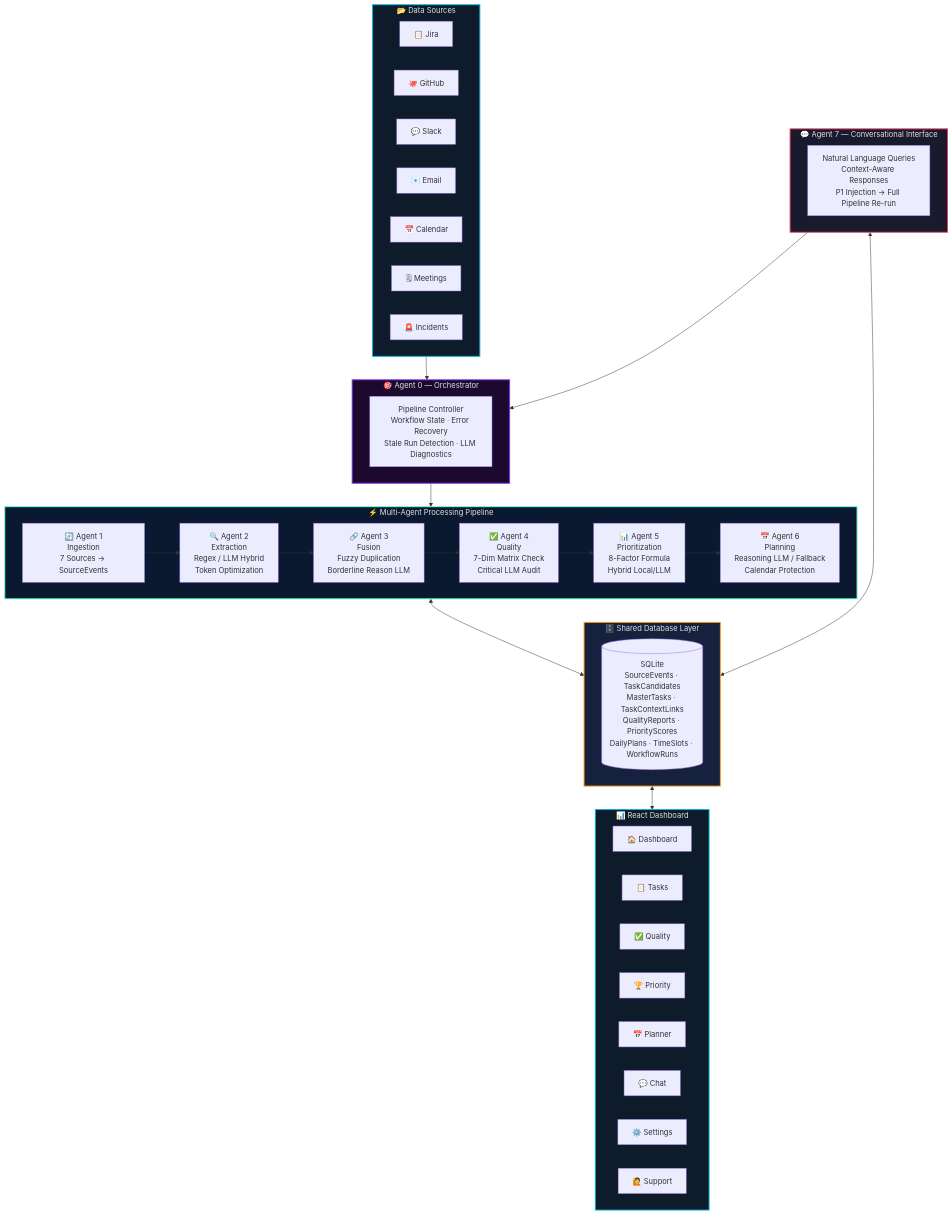
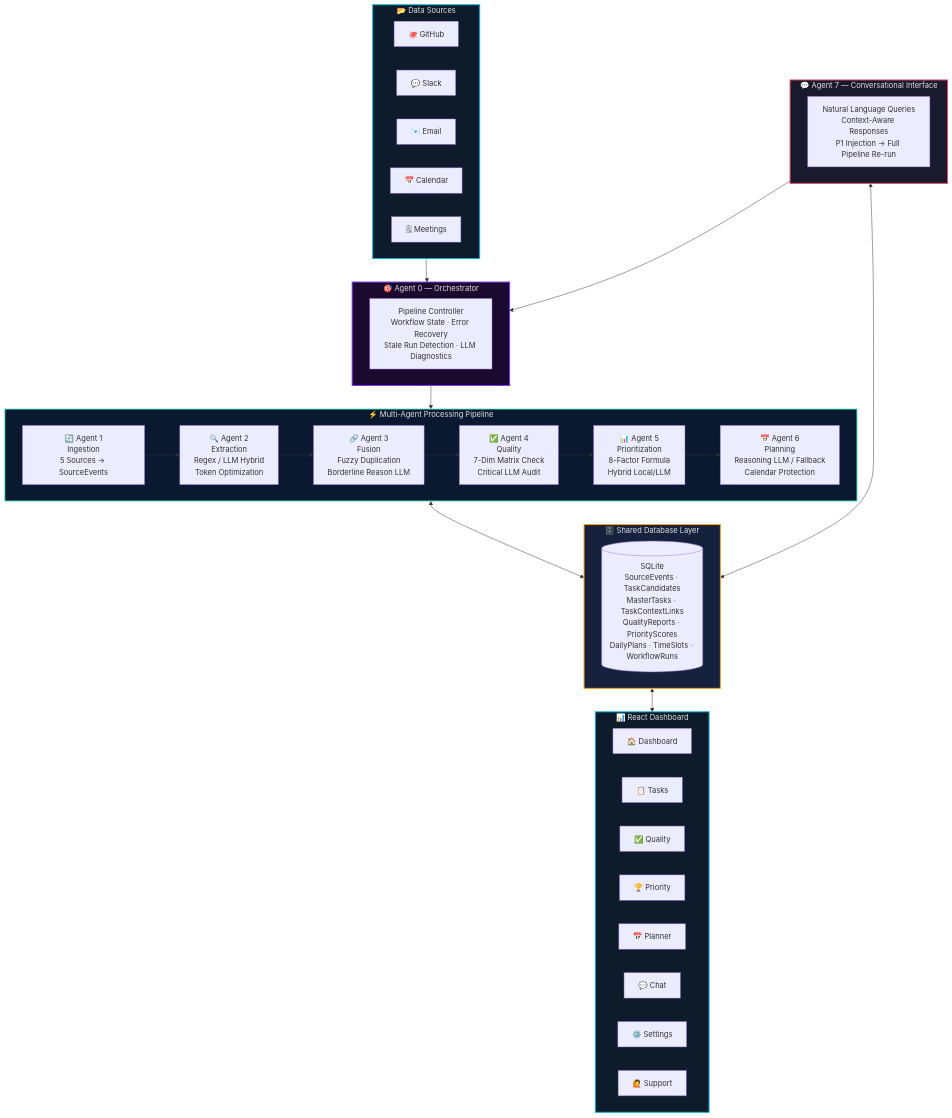
One commit to IdeaForg-e/TaskPilot-AI changed the first of 4 diagrams in README.md. Above: the diagram before and after it, drawn with Mermaid. The commit also changed other lines of this file, not shown here.

````diff
--- a/README.md
+++ b/README.md
@@ -98,64 +98,62 @@
 ```mermaid
 flowchart TB
     subgraph DS["📂 Data Sources"]
         direction LR
-        J["📋 Jira"] 
         GH["🐙 GitHub"]
         SL["💬 Slack"]
         EM["📧 Email"]
         CA["📅 Calendar"]
         MT["🗒 Meetings"]
-        IN["🚨 Incidents"]
     end
 
     subgraph ORCH["🎯 Agent 0 — Orchestrator"]
         direction LR
         OC["Pipeline Controller\nWorkflow State · Error Recovery\nStale Run Detection · LLM Diagnostics"]
     end
 
     subgraph PIPELINE["⚡ Multi-Agent Processing Pipeline"]
         direction LR
-        A1["🔄 Agent 1\nIngestion\n7 Sources → SourceEvents"] 
+        A1["🔄 Agent 1\nIngestion\n5 Sources → SourceEvents"] 
         A2["🔍 Agent 2\nExtraction\nRegex / LLM Hybrid\nToken Optimization"]
         A3["🔗 Agent 3\nFusion\nFuzzy Duplication\nBorderline Reason LLM"]
         A4["✅ Agent 4\nQuality\n7-Dim Matrix Check\nCritical LLM Audit"]
         A5["📊 Agent 5\nPrioritization\n8-Factor Formula\nHybrid Local/LLM"]
         A6["📅 Agent 6\nPlanning\nReasoning LLM / Fallback\nCalendar Protection"]
         
         A1 --> A2 --> A3 --> A4 --> A5 --> A6
     end
 
     subgraph CHAT["💬 Agent 7 — Conversational Interface"]
         C1["Natural Language Queries\nContext-Aware Responses\nP1 Injection → Full Pipeline Re-run"]
     end
 
     subgraph DB["🗄️ Shared Database Layer"]
         SQL[("SQLite\nSourceEvents · TaskCandidates\nMasterTasks · TaskContextLinks\nQualityReports · PriorityScores\nDailyPlans · TimeSlots · WorkflowRuns")]
     end
 
     subgraph FE["📊 React Dashboard"]
         direction LR
         P1["🏠 Dashboard"]
         P2["📋 Tasks"]
         P3["✅ Quality"]
         P4["🏆 Priority"]
         P5["📅 Planner"]
         P6["💬 Chat"]
         P7["⚙️ Settings"]
         P8["🙋 Support"]
     end
 
     DS --> ORCH
     ORCH --> PIPELINE
     PIPELINE <--> DB
     CHAT <--> DB
     DB <--> FE
     CHAT --> ORCH
 
     style DS fill:#0d1b2a,stroke:#00b4d8,stroke-width:2px,color:#e0e0e0
     style ORCH fill:#1b0a2e,stroke:#7b2ff7,stroke-width:2px,color:#e0e0e0
     style PIPELINE fill:#0a192f,stroke:#64ffda,stroke-width:2px,color:#e0e0e0
     style CHAT fill:#1a1a2e,stroke:#e94560,stroke-width:2px,color:#e0e0e0
     style DB fill:#16213e,stroke:#fca311,stroke-width:2px,color:#e0e0e0
     style FE fill:#0d1b2a,stroke:#00b4d8,stroke-width:2px,color:#e0e0e0
 ```
````
